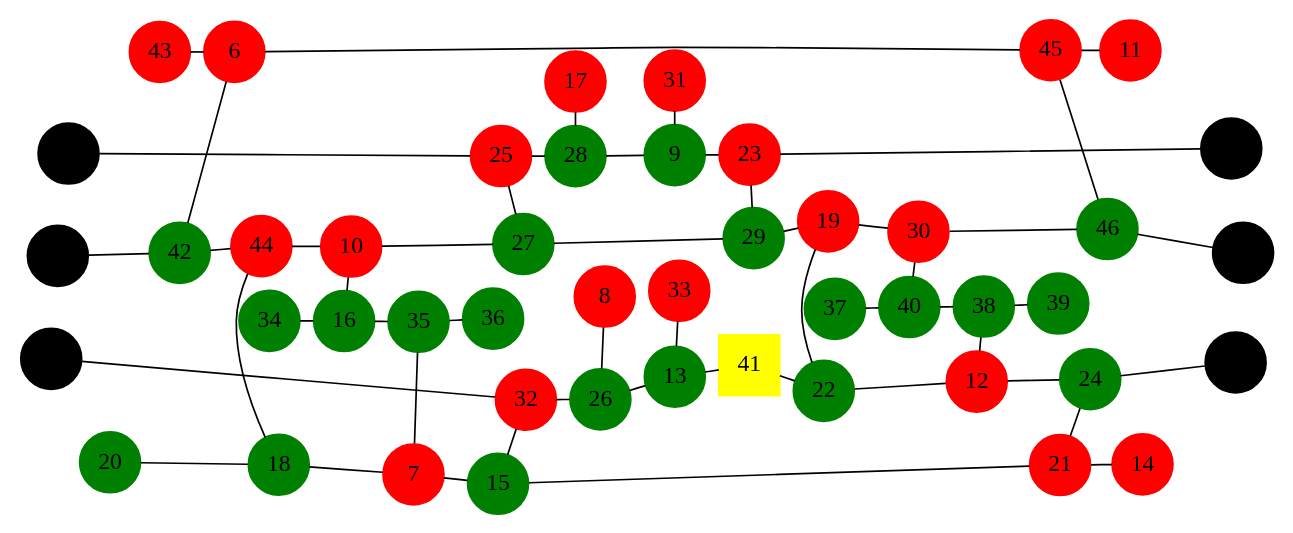
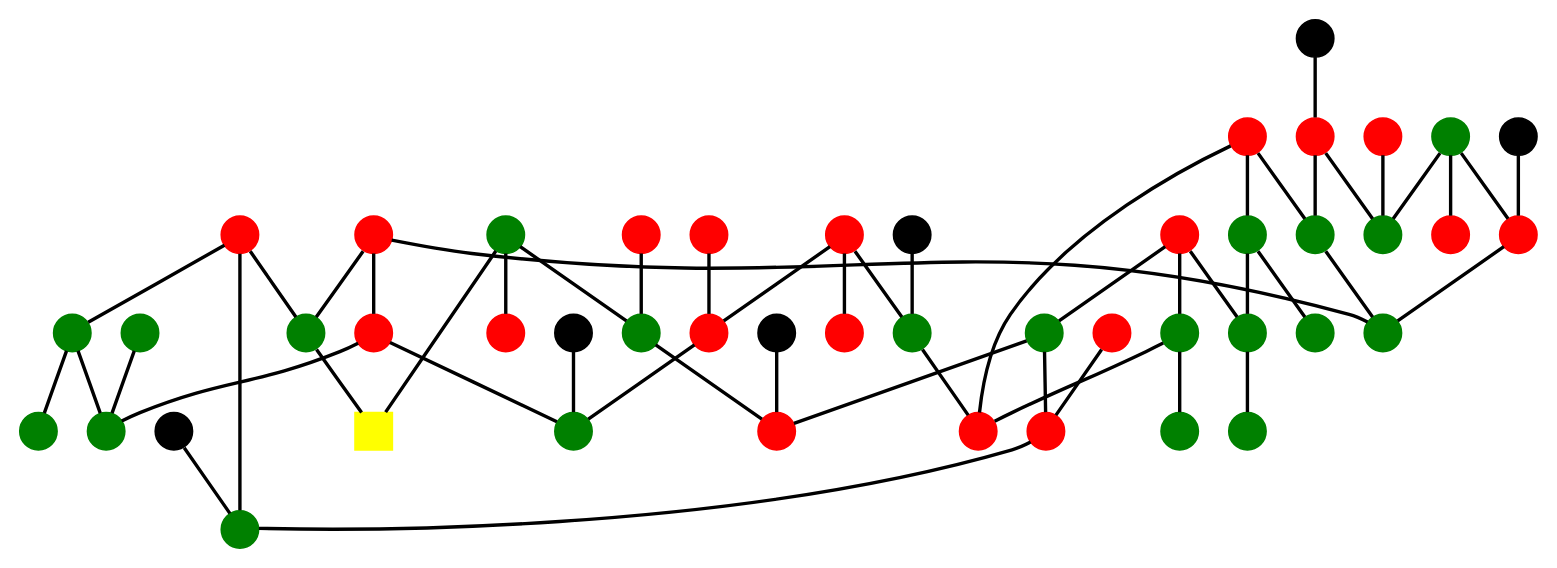
The diagram in rust_web/graph2.dot (clerusch/rustWebs), drawn with Graphviz before and after one commit. The commit also changed 749 other files, not shown here.

```diff
--- a/rust_web/graph2.dot
+++ b/rust_web/graph2.dot
@@ -1,103 +1,103 @@
 graph G {
-  node [shape=circle, style=filled, width=0.5, fixedsize=true];
-  graph [splines=true, overlap=false, layout=neato];
-  0 [color=black, shape=circle, label="0", pos="1550,300!", style=filled]
-  22 [color=green, shape=circle, label="22", pos="1100,150!", style=filled]
-  3 [color=black, shape=circle, label="3", pos="0,150!", style=filled]
-  25 [color=red, shape=circle, label="25", pos="600,450!", style=filled]
-  44 [color=red, shape=circle, label="44", pos="350,300!", style=filled]
-  6 [color=red, shape=circle, label="6", pos="200,600!", style=filled]
-  28 [color=green, shape=circle, label="28", pos="700,450!", style=filled]
-  9 [color=green, shape=circle, label="9", pos="850,450!", style=filled]
-  31 [color=red, shape=circle, label="31", pos="850,550!", style=filled]
-  12 [color=red, shape=circle, label="12", pos="1250,150!", style=filled]
-  34 [color=green, shape=circle, label="34", pos="400,200!", style=filled]
-  15 [color=green, shape=circle, label="15", pos="600,0!", style=filled]
-  37 [color=green, shape=circle, label="37", pos="1150,225!", style=filled]
-  18 [color=green, shape=circle, label="18", pos="350,0!", style=filled]
-  40 [color=green, shape=circle, label="40", pos="1200,225!", style=filled]
-  21 [color=red, shape=circle, label="21", pos="1350,0!", style=filled]
-  43 [color=red, shape=circle, label="43", pos="100,600!", style=filled]
-  2 [color=black, shape=circle, label="2", pos="1550,150!", style=filled]
-  24 [color=green, shape=circle, label="24", pos="1350,150!", style=filled]
-  46 [color=green, shape=circle, label="46", pos="1350,300!", style=filled]
-  5 [color=black, shape=circle, label="5", pos="0,450!", style=filled]
-  27 [color=green, shape=circle, label="27", pos="600,300!", style=filled]
-  8 [color=red, shape=circle, label="8", pos="700,250!", style=filled]
-  30 [color=red, shape=circle, label="30", pos="1200,300!", style=filled]
-  11 [color=red, shape=circle, label="11", pos="1450,600!", style=filled]
-  33 [color=red, shape=circle, label="33", pos="850,250!", style=filled]
-  14 [color=red, shape=circle, label="14", pos="1450,0!", style=filled]
-  36 [color=green, shape=circle, label="36", pos="550,200!", style=filled]
-  17 [color=red, shape=circle, label="17", pos="700,550!", style=filled]
-  39 [color=green, shape=circle, label="39", pos="1300,225!", style=filled]
-  20 [color=green, shape=circle, label="20", pos="100,0!", style=filled]
-  42 [color=green, shape=circle, label="42", pos="200,300!", style=filled]
-  1 [color=black, shape=circle, label="1", pos="1550,450!", style=filled]
-  23 [color=red, shape=circle, label="23", pos="950,450!", style=filled]
-  45 [color=red, shape=circle, label="45", pos="1350,600!", style=filled]
-  4 [color=black, shape=circle, label="4", pos="0,300!", style=filled]
-  26 [color=green, shape=circle, label="26", pos="700,150!", style=filled]
-  7 [color=red, shape=circle, label="7", pos="500,0!", style=filled]
-  29 [color=green, shape=circle, label="29", pos="950,300!", style=filled]
-  10 [color=red, shape=circle, label="10", pos="450,300!", style=filled]
-  32 [color=red, shape=circle, label="32", pos="600,150!", style=filled]
-  13 [color=green, shape=circle, label="13", pos="850,150!", style=filled]
-  35 [color=green, shape=circle, label="35", pos="500,200!", style=filled]
-  16 [color=green, shape=circle, label="16", pos="450,200!", style=filled]
-  38 [color=green, shape=circle, label="38", pos="1250,225!", style=filled]
-  19 [color=red, shape=circle, label="19", pos="1100,300!", style=filled]
-  41 [color=yellow, shape=box, label="41", pos="975,150!", style=filled]
+  node [style="filled", shape="circle", width="0.3", height="0.3", fixedsize="true", fontsize="12", fontname="Arial"];
+  edge [penwidth=2.0];
+  0 [color="black", shape="circle", label="B", pos="9975,300!", style="filled", width="0.3", height="0.3", fixedsize="true"]
+  22 [color="green", shape="circle", label="", pos="9300,150!", style="filled", width="0.3", height="0.3", fixedsize="true"]
+  3 [color="black", shape="circle", label="B", pos="7650,150!", style="filled", width="0.3", height="0.3", fixedsize="true"]
+  25 [color="red", shape="circle", label="", pos="8550,450!", style="filled", width="0.3", height="0.3", fixedsize="true"]
+  44 [color="red", shape="circle", label="", pos="8175,300!", style="filled", width="0.3", height="0.3", fixedsize="true"]
+  6 [color="red", shape="circle", label="", pos="7950,600!", style="filled", width="0.3", height="0.3", fixedsize="true"]
+  28 [color="green", shape="circle", label="", pos="8700,450!", style="filled", width="0.3", height="0.3", fixedsize="true"]
+  9 [color="green", shape="circle", label="", pos="8925,450!", style="filled", width="0.3", height="0.3", fixedsize="true"]
+  31 [color="red", shape="circle", label="", pos="8925,550!", style="filled", width="0.3", height="0.3", fixedsize="true"]
+  12 [color="red", shape="circle", label="", pos="9525,150!", style="filled", width="0.3", height="0.3", fixedsize="true"]
+  34 [color="green", shape="circle", label="", pos="8250,200!", style="filled", width="0.3", height="0.3", fixedsize="true"]
+  15 [color="green", shape="circle", label="", pos="8550,0!", style="filled", width="0.3", height="0.3", fixedsize="true"]
+  37 [color="green", shape="circle", label="", pos="9375,225!", style="filled", width="0.3", height="0.3", fixedsize="true"]
+  18 [color="green", shape="circle", label="", pos="8175,0!", style="filled", width="0.3", height="0.3", fixedsize="true"]
+  40 [color="green", shape="circle", label="", pos="9450,225!", style="filled", width="0.3", height="0.3", fixedsize="true"]
+  21 [color="red", shape="circle", label="", pos="9675,0!", style="filled", width="0.3", height="0.3", fixedsize="true"]
+  43 [color="red", shape="circle", label="", pos="7800,600!", style="filled", width="0.3", height="0.3", fixedsize="true"]
+  2 [color="black", shape="circle", label="B", pos="9975,150!", style="filled", width="0.3", height="0.3", fixedsize="true"]
+  24 [color="green", shape="circle", label="", pos="9675,150!", style="filled", width="0.3", height="0.3", fixedsize="true"]
+  46 [color="green", shape="circle", label="", pos="9675,300!", style="filled", width="0.3", height="0.3", fixedsize="true"]
+  5 [color="black", shape="circle", label="B", pos="7650,450!", style="filled", width="0.3", height="0.3", fixedsize="true"]
+  27 [color="green", shape="circle", label="", pos="8550,300!", style="filled", width="0.3", height="0.3", fixedsize="true"]
+  8 [color="red", shape="circle", label="", pos="8700,250!", style="filled", width="0.3", height="0.3", fixedsize="true"]
+  30 [color="red", shape="circle", label="", pos="9450,300!", style="filled", width="0.3", height="0.3", fixedsize="true"]
+  11 [color="red", shape="circle", label="", pos="9825,600!", style="filled", width="0.3", height="0.3", fixedsize="true"]
+  33 [color="red", shape="circle", label="", pos="8925,250!", style="filled", width="0.3", height="0.3", fixedsize="true"]
+  14 [color="red", shape="circle", label="", pos="9825,0!", style="filled", width="0.3", height="0.3", fixedsize="true"]
+  36 [color="green", shape="circle", label="", pos="8475,200!", style="filled", width="0.3", height="0.3", fixedsize="true"]
+  17 [color="red", shape="circle", label="", pos="8700,550!", style="filled", width="0.3", height="0.3", fixedsize="true"]
+  39 [color="green", shape="circle", label="", pos="9600,225!", style="filled", width="0.3", height="0.3", fixedsize="true"]
+  20 [color="green", shape="circle", label="", pos="7800,0!", style="filled", width="0.3", height="0.3", fixedsize="true"]
+  42 [color="green", shape="circle", label="", pos="7950,300!", style="filled", width="0.3", height="0.3", fixedsize="true"]
+  1 [color="black", shape="circle", label="B", pos="9975,450!", style="filled", width="0.3", height="0.3", fixedsize="true"]
+  23 [color="red", shape="circle", label="", pos="9075,450!", style="filled", width="0.3", height="0.3", fixedsize="true"]
+  45 [color="red", shape="circle", label="", pos="9675,600!", style="filled", width="0.3", height="0.3", fixedsize="true"]
+  4 [color="black", shape="circle", label="B", pos="7650,300!", style="filled", width="0.3", height="0.3", fixedsize="true"]
+  26 [color="green", shape="circle", label="", pos="8700,150!", style="filled", width="0.3", height="0.3", fixedsize="true"]
+  7 [color="red", shape="circle", label="", pos="8400,0!", style="filled", width="0.3", height="0.3", fixedsize="true"]
+  29 [color="green", shape="circle", label="", pos="9075,300!", style="filled", width="0.3", height="0.3", fixedsize="true"]
+  10 [color="red", shape="circle", label="", pos="8325,300!", style="filled", width="0.3", height="0.3", fixedsize="true"]
+  32 [color="red", shape="circle", label="", pos="8550,150!", style="filled", width="0.3", height="0.3", fixedsize="true"]
+  13 [color="green", shape="circle", label="", pos="8925,150!", style="filled", width="0.3", height="0.3", fixedsize="true"]
+  35 [color="green", shape="circle", label="", pos="8400,200!", style="filled", width="0.3", height="0.3", fixedsize="true"]
+  16 [color="green", shape="circle", label="", pos="8325,200!", style="filled", width="0.3", height="0.3", fixedsize="true"]
+  38 [color="green", shape="circle", label="", pos="9525,225!", style="filled", width="0.3", height="0.3", fixedsize="true"]
+  19 [color="red", shape="circle", label="", pos="9300,300!", style="filled", width="0.3", height="0.3", fixedsize="true"]
+  41 [color="yellow", shape="box", label="", pos="9113,150!", style="filled", width="0.3", height="0.3", fixedsize="true"]
   0 -- 46
   22 -- 41
   3 -- 32
   25 -- 27
   25 -- 28
   6 -- 45
   6 -- 42
   6 -- 43
   9 -- 23
   9 -- 31
   9 -- 28
   12 -- 22
   12 -- 38
   12 -- 24
   15 -- 21
   15 -- 32
   37 -- 40
   18 -- 44
   18 -- 20
   21 -- 24
   2 -- 24
   5 -- 25
   27 -- 29
   8 -- 26
   30 -- 46
   30 -- 40
   11 -- 45
   14 -- 21
   17 -- 28
   42 -- 44
   1 -- 23
   23 -- 29
   45 -- 46
   4 -- 42
   26 -- 32
   7 -- 35
   7 -- 18
   7 -- 15
   10 -- 44
   10 -- 16
   10 -- 27
   13 -- 33
   13 -- 41
   13 -- 26
   35 -- 36
   16 -- 34
   16 -- 35
   38 -- 39
   38 -- 40
   19 -- 22
   19 -- 30
   19 -- 29
 }
```
